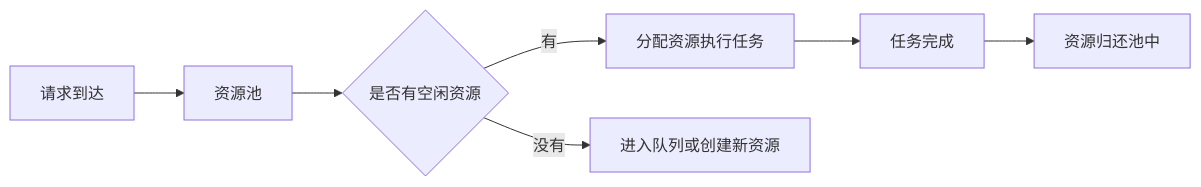
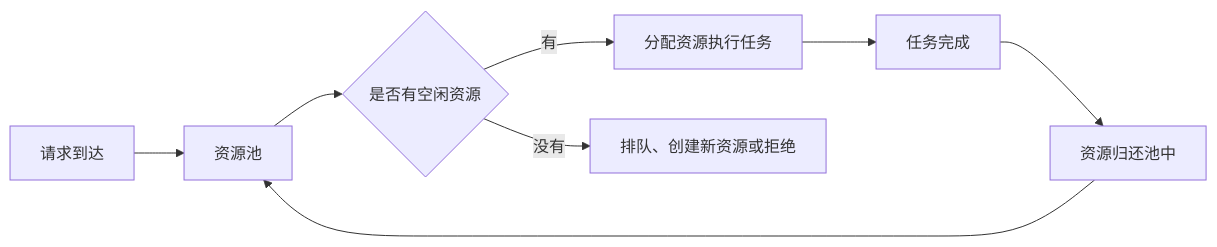
One commit to crashingby/homepage changed the second of 11 diagrams in src/content/blog/Software-Construction/Chap07.md. Above: the diagram before and after it, drawn with Mermaid. The commit also changed other lines of this file and 6 other files, not shown here.

````diff
--- a/src/content/blog/Software-Construction/Chap07.md
+++ b/src/content/blog/Software-Construction/Chap07.md
@@ -73,9 +53,10 @@
 ```mermaid
 flowchart LR
-  A["请求到达"] --> B["资源池"]
-  B --> C{"是否有空闲资源"}
-  C -->|有| D["分配资源执行任务"]
-  C -->|没有| E["进入队列或创建新资源"]
-  D --> F["任务完成"]
-  F --> G["资源归还池中"]
+  Request["请求到达"] --> Pool["资源池"]
+  Pool --> Check{"是否有空闲资源"}
+  Check -->|有| Run["分配资源执行任务"]
+  Check -->|没有| Wait["排队、创建新资源或拒绝"]
+  Run --> Done["任务完成"]
+  Done --> Return["资源归还池中"]
+  Return --> Pool
 ```
````
